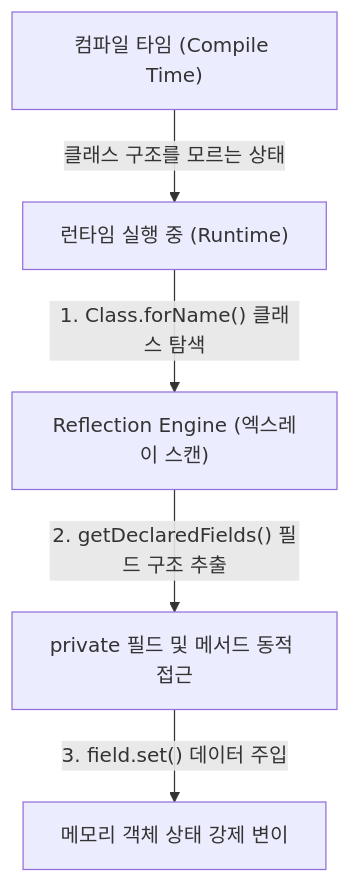
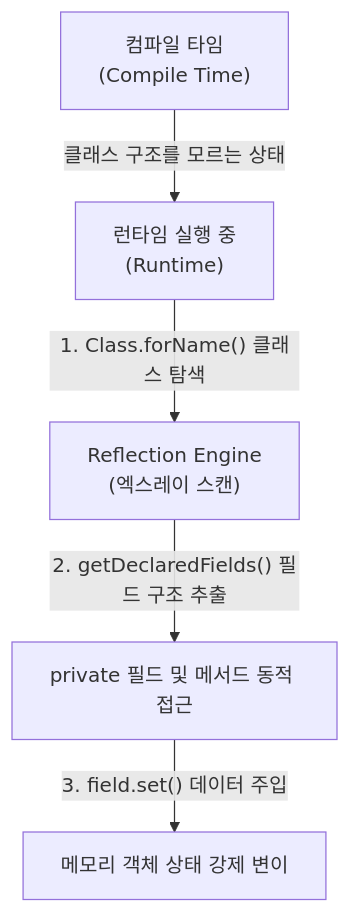
The diagram in 01_inbox/computer-science/reflection.md (youngmin-gwon/what-i-studied), drawn with Mermaid before and after one commit. The commit also changed other lines of this file, not shown here.

Commit message:
vault backup: 2026-08-06 17:45:53

````diff
--- a/01_inbox/computer-science/reflection.md
+++ b/01_inbox/computer-science/reflection.md
@@ -26,7 +26,7 @@
 ```mermaid
 graph TD
-    Code["컴파일 타임 (Compile Time)"] -->|클래스 구조를 모르는 상태| Runtime["런타임 실행 중 (Runtime)"]
-    Runtime -->|"1. Class.forName() 클래스 탐색"| XRay["Reflection Engine (엑스레이 스캔)"]
+    Code["컴파일 타임<br/>(Compile Time)"] -->|클래스 구조를 모르는 상태| Runtime["런타임 실행 중<br/>(Runtime)"]
+    Runtime -->|"1. Class.forName() 클래스 탐색"| XRay["Reflection Engine<br/>(엑스레이 스캔)"]
     XRay -->|"2. getDeclaredFields() 필드 구조 추출"| Extract["private 필드 및 메서드 동적 접근"]
     Extract -->|"3. field.set() 데이터 주입"| ObjectMutate["메모리 객체 상태 강제 변이"]
 ```
````
